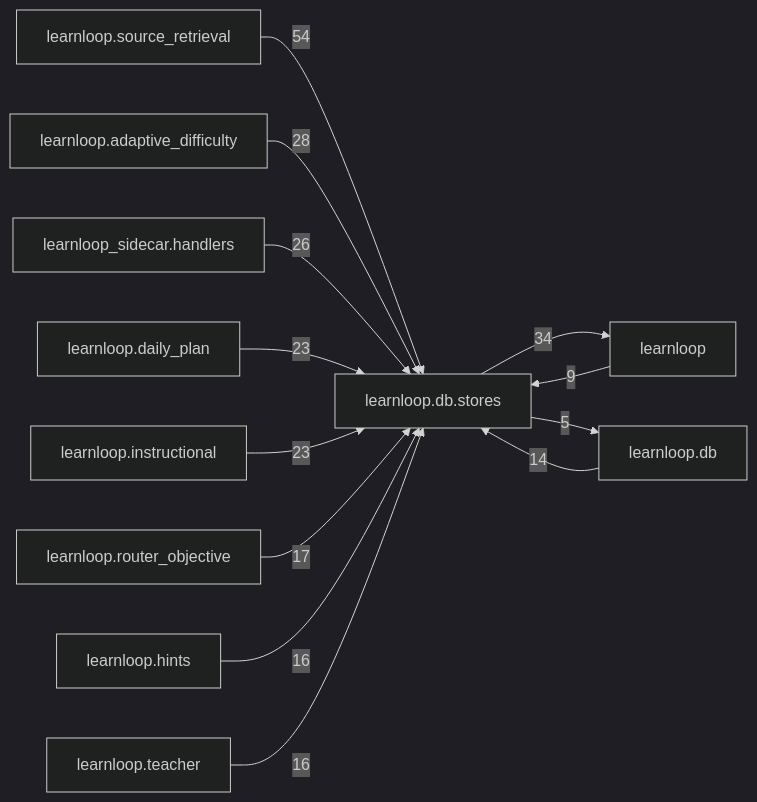
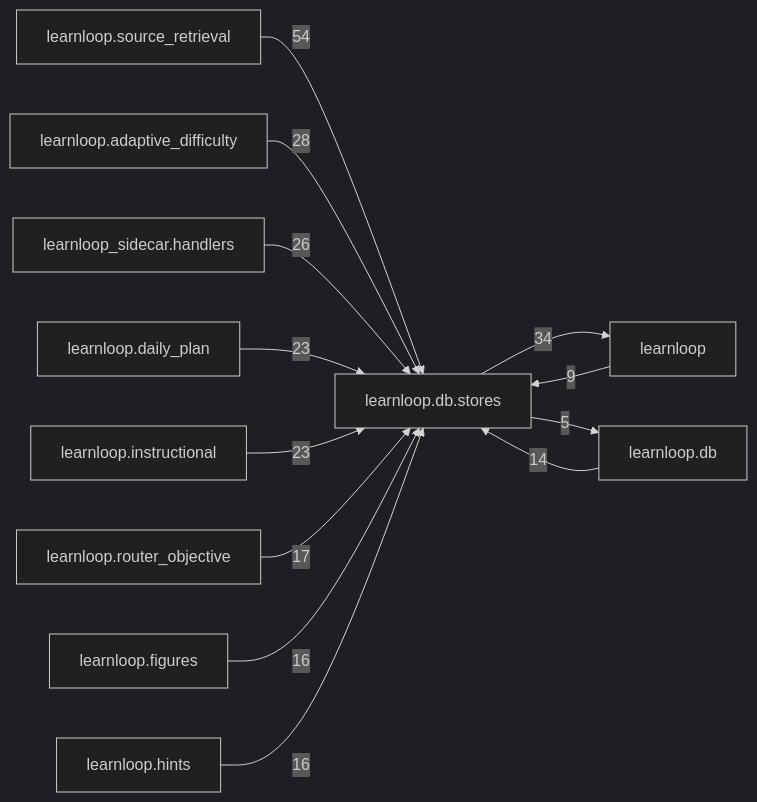
The diagram in docs/learnloop-architecture-vault/Reference/Modules/learnloop/db/stores/_package.md (6up-b/learnanything), drawn with Mermaid (dark theme) before and after one commit. The commit also changed other lines of this file and 49 other files, not shown here.

````diff
--- a/docs/learnloop-architecture-vault/Reference/Modules/learnloop/db/stores/_package.md
+++ b/docs/learnloop-architecture-vault/Reference/Modules/learnloop/db/stores/_package.md
@@ -220,26 +220,26 @@
 ```mermaid
 flowchart LR
     center["learnloop.db.stores"]
     n_learnloop_source_retrieval["learnloop.source_retrieval"]
     n_learnloop["learnloop"]
     n_learnloop_adaptive_difficulty["learnloop.adaptive_difficulty"]
     n_learnloop_sidecar_handlers["learnloop_sidecar.handlers"]
     n_learnloop_daily_plan["learnloop.daily_plan"]
     n_learnloop_instructional["learnloop.instructional"]
     n_learnloop_db["learnloop.db"]
     n_learnloop_router_objective["learnloop.router_objective"]
+    n_learnloop_figures["learnloop.figures"]
     n_learnloop_hints["learnloop.hints"]
-    n_learnloop_teacher["learnloop.teacher"]
     n_learnloop_source_retrieval -->|54| center
     n_learnloop -->|9| center
     center -->|34| n_learnloop
     n_learnloop_adaptive_difficulty -->|28| center
     n_learnloop_sidecar_handlers -->|26| center
     n_learnloop_daily_plan -->|23| center
     n_learnloop_instructional -->|23| center
     n_learnloop_db -->|14| center
     center -->|5| n_learnloop_db
     n_learnloop_router_objective -->|17| center
+    n_learnloop_figures -->|16| center
     n_learnloop_hints -->|16| center
-    n_learnloop_teacher -->|16| center
 ```
````
